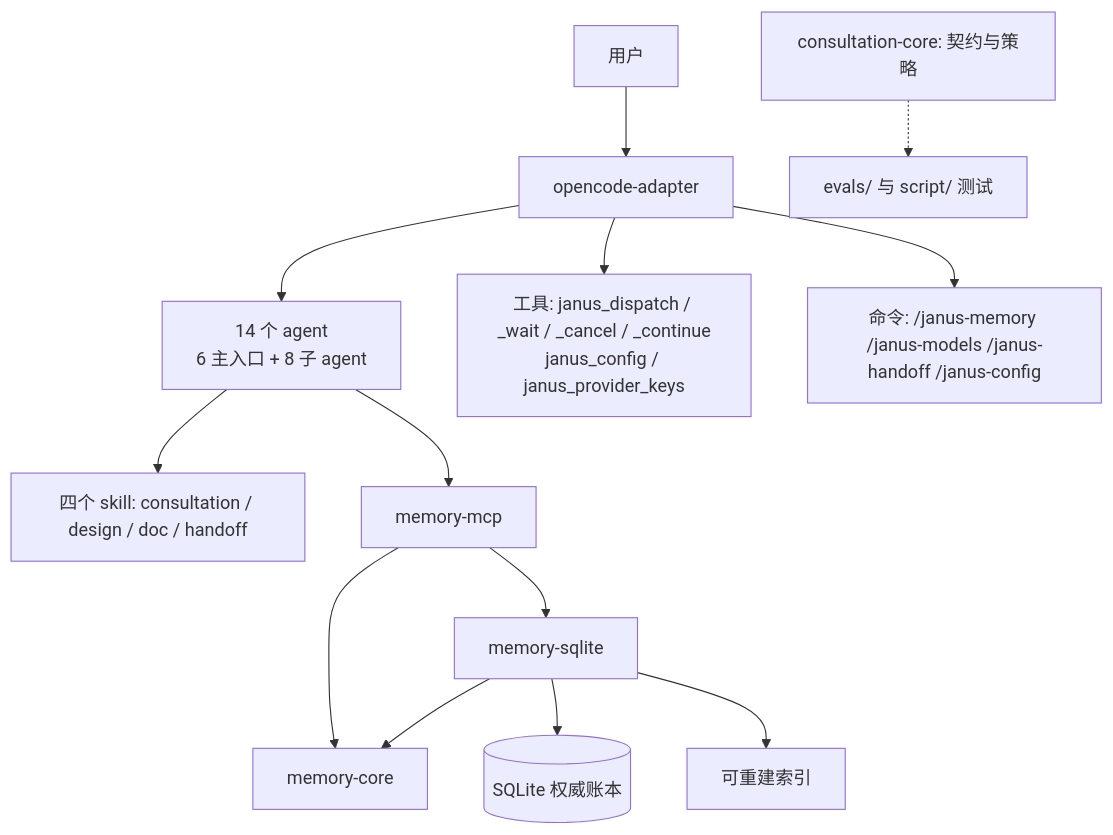
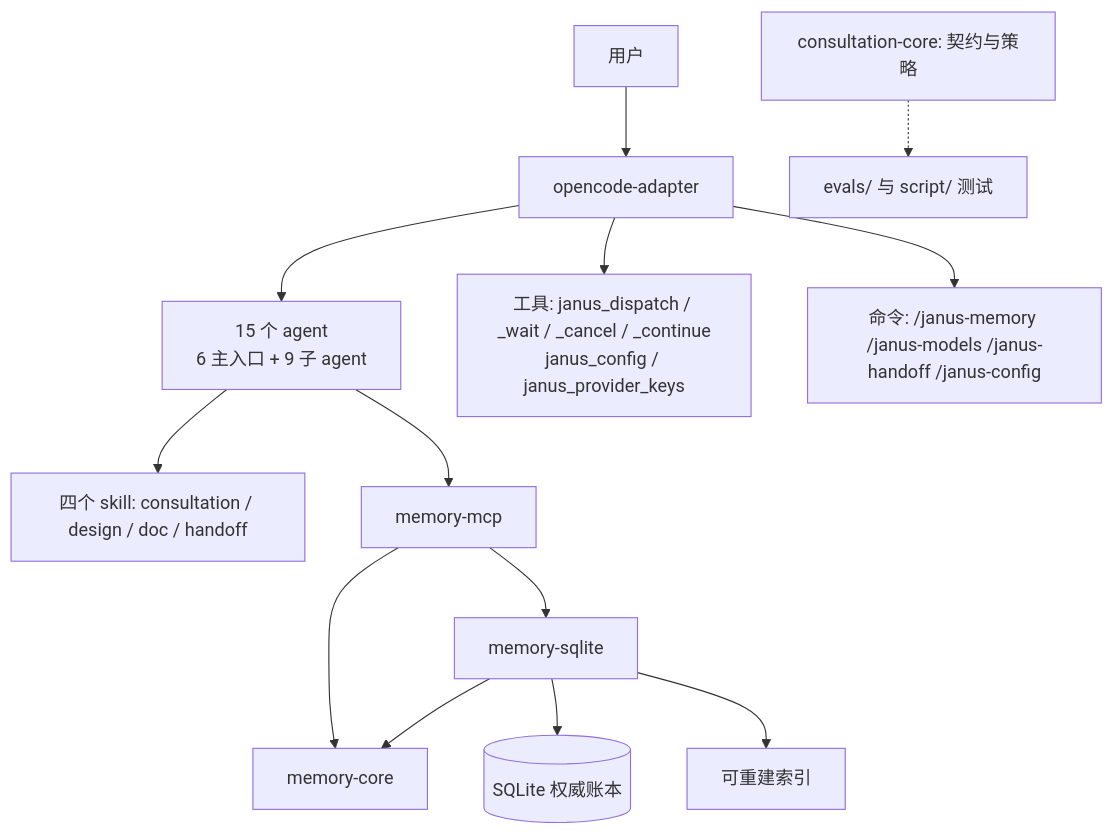
Before and after one commit to Arrowyi/janus-agent-plugin: the first of 2 diagrams in docs/architecture.md, drawn with Mermaid. The commit also changed other lines of this file and 90 other files, not shown here.

````diff
--- a/docs/architecture.md
+++ b/docs/architecture.md
@@ -39,15 +39,15 @@
 ```mermaid
 flowchart TB
     U[用户] --> OA["opencode-adapter"]
-    OA --> AG["14 个 agent<br/>6 主入口 + 8 子 agent"]
+    OA --> AG["15 个 agent<br/>6 主入口 + 9 子 agent"]
     OA --> TL["工具: janus_dispatch / _wait / _cancel / _continue<br/>janus_config / janus_provider_keys"]
     OA --> CMD["命令: /janus-memory /janus-models /janus-handoff /janus-config"]
     AG --> SK["四个 skill: consultation / design / doc / handoff"]
     AG --> MCP["memory-mcp"]
     MCP --> SQ["memory-sqlite"]
     MCP --> MC["memory-core"]
     SQ --> MC
     SQ --> DB[(SQLite 权威账本)]
     SQ --> IDX[可重建索引]
     CC["consultation-core: 契约与策略"] -.-> T["evals/ 与 script/ 测试"]
 ```
````
